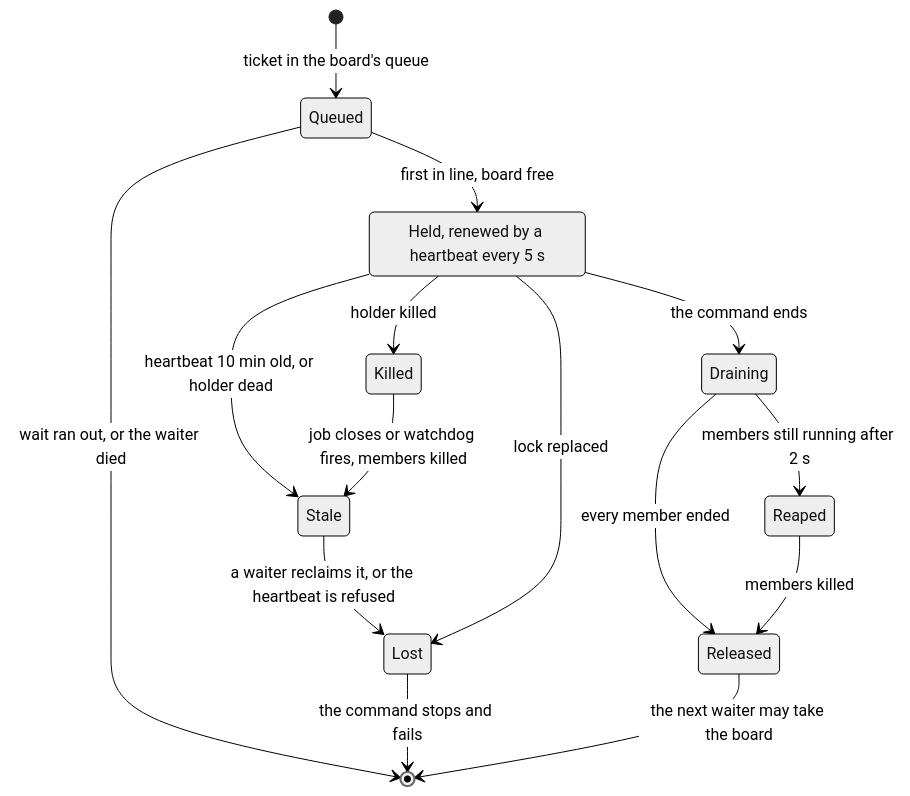
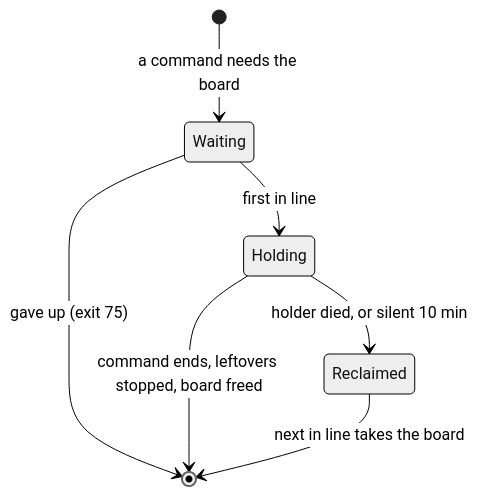
The second of 2 diagrams in docs/tools/Device-Lock.md (jose-villegas/autana), drawn with Mermaid (neutral theme) before and after one commit. The commit also changed other lines of this file and 17 other files, not shown here.

First line of the commit message:
device lock: reservations expire, a busy port names its holder, Device-Lock.md for its users (#474)

````diff
--- a/docs/tools/Device-Lock.md
+++ b/docs/tools/Device-Lock.md
@@ -204,18 +386,9 @@
 ```mermaid
 stateDiagram-v2
-    state "Held, renewed by a heartbeat every 5 s" as Held
-    [*] --> Queued: ticket in the board's queue
-    Queued --> Held: first in line, board free
-    Queued --> [*]: wait ran out, or the waiter died
-    Held --> Stale: heartbeat 10 min old, or holder dead
-    Stale --> Lost: a waiter reclaims it, or the heartbeat is refused
-    Held --> Lost: lock replaced
-    Lost --> [*]: the command stops and fails
-    Held --> Draining: the command ends
-    Draining --> Reaped: members still running after 2 s
-    Draining --> Released: every member ended
-    Reaped --> Released: members killed
-    Released --> [*]: the next waiter may take the board
-    Held --> Killed: holder killed
-    Killed --> Stale: job closes or watchdog fires, members killed
+    [*] --> Waiting: a command needs the board
+    Waiting --> Holding: first in line
+    Waiting --> [*]: gave up (exit 75)
+    Holding --> [*]: command ends, leftovers stopped, board freed
+    Holding --> Reclaimed: holder died, or silent 10 min
+    Reclaimed --> [*]: next in line takes the board
 ```
````
